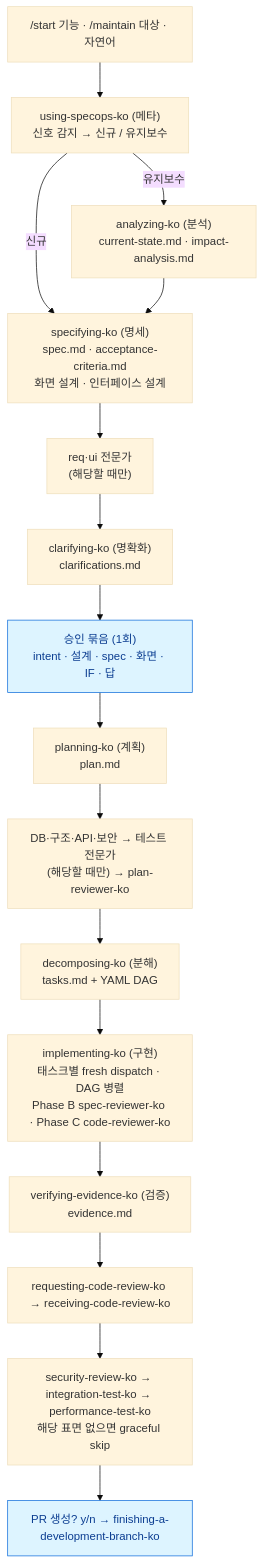
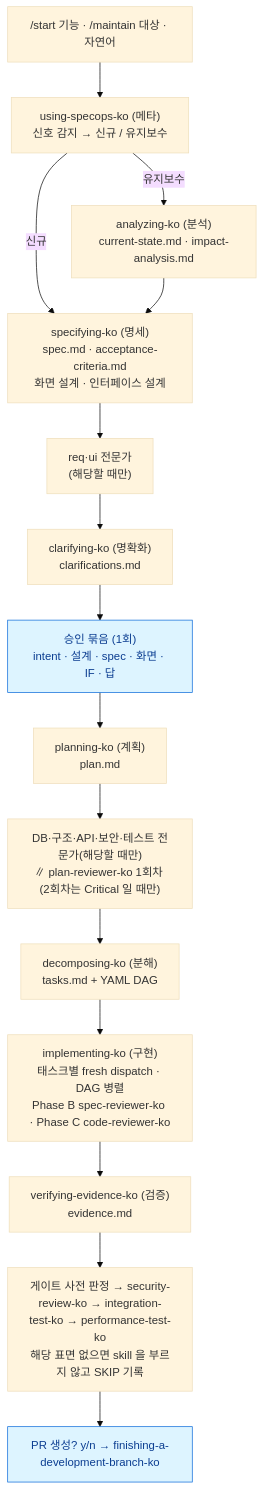
The second of 4 diagrams in README.md (andyko18/devFSD), drawn with Mermaid (base theme) before and after one commit. The commit also changed 28 other files, not shown here.

First line of the commit message:
perf: 풀 경로에서 거의 걸리지 않던 반복 단계를 줄인다 (재리뷰·plan 2회차·태스크 분할·게이트 로드)

````diff
--- a/README.md
+++ b/README.md
@@ -129,19 +129,18 @@
 ```mermaid
 flowchart TD
     IN["/start 기능 · /maintain 대상 · 자연어"] --> META["using-specops-ko (메타)<br/>신호 감지 → 신규 / 유지보수"]
     META -- 유지보수 --> ANA["analyzing-ko (분석)<br/>current-state.md · impact-analysis.md"]
     META -- 신규 --> SPEC
     ANA --> SPEC["specifying-ko (명세)<br/>spec.md · acceptance-criteria.md<br/>화면 설계 · 인터페이스 설계"]
     SPEC --> REQUI["req·ui 전문가<br/>(해당할 때만)"]
     REQUI --> CLA["clarifying-ko (명확화)<br/>clarifications.md"]
     CLA --> APP["승인 묶음 (1회)<br/>intent · 설계 · spec · 화면 · IF · 답"]:::gate
     APP --> PLAN["planning-ko (계획)<br/>plan.md"]
-    PLAN --> EXP["DB·구조·API·보안 → 테스트 전문가<br/>(해당할 때만) → plan-reviewer-ko"]
+    PLAN --> EXP["DB·구조·API·보안·테스트 전문가(해당할 때만)<br/>∥ plan-reviewer-ko 1회차 (2회차는 Critical 일 때만)"]
     EXP --> DEC["decomposing-ko (분해)<br/>tasks.md + YAML DAG"]
     DEC --> IMP["implementing-ko (구현)<br/>태스크별 fresh dispatch · DAG 병렬<br/>Phase B spec-reviewer-ko · Phase C code-reviewer-ko"]
     IMP --> VER["verifying-evidence-ko (검증)<br/>evidence.md"]
-    VER --> REV["requesting-code-review-ko → receiving-code-review-ko"]
-    REV --> SEC["security-review-ko → integration-test-ko → performance-test-ko<br/>해당 표면 없으면 graceful skip"]
+    VER --> SEC["게이트 사전 판정 → security-review-ko → integration-test-ko → performance-test-ko<br/>해당 표면 없으면 skill 을 부르지 않고 SKIP 기록"]
     SEC --> PR["PR 생성? y/n → finishing-a-development-branch-ko"]:::gate
     classDef gate fill:#ddf4ff,stroke:#0969da,color:#0b3d91
 ```
````
